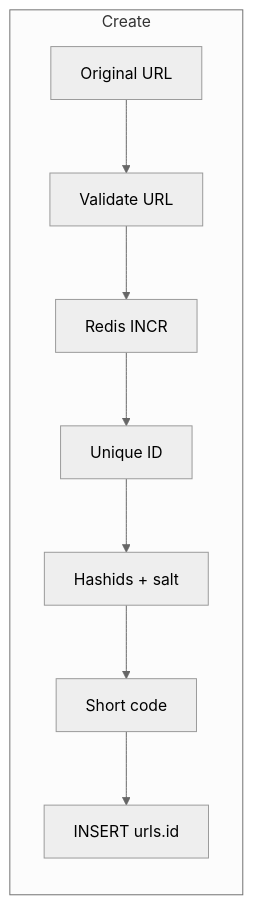
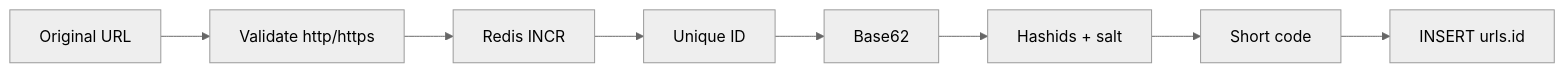
The first of 2 diagrams in README.md (gianluca-pettenon/url-shortener), drawn with Mermaid (neutral theme) before and after one commit. The commit also changed other lines of this file and 2 other files, not shown here.

````diff
--- a/README.md
+++ b/README.md
@@ -7,11 +11,10 @@
 ```mermaid
 flowchart LR
-    subgraph create["Create"]
-        A[Original URL] --> B[Validate  URL]
-        B --> C[Redis INCR]
-        C --> D[Unique ID]
-        D --> E[Hashids + salt]
-        E --> F[Short code]
-        F --> G["INSERT urls.id"]
-    end
+    A[Original URL] --> B[Validate http/https]
+    B --> C[Redis INCR]
+    C --> D[Unique ID]
+    D --> E[Base62]
+    E --> F[Hashids + salt]
+    F --> G[Short code]
+    G --> H[INSERT urls.id]
 ```
````
